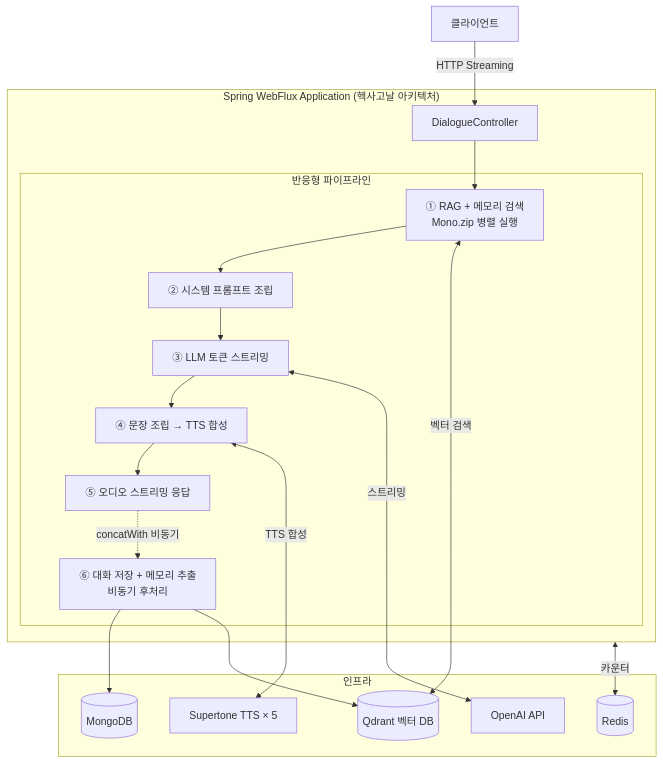
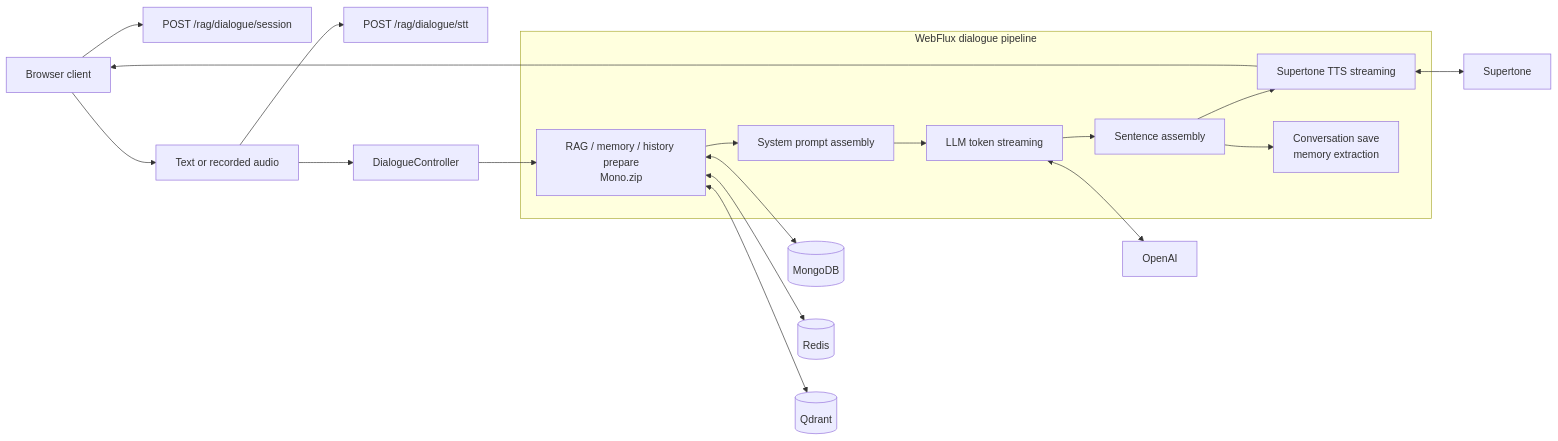
Before and after one commit to ImGdevel/MIYOU_ai-voice-chat: the diagram in README.md, drawn with Mermaid. The commit also changed other lines of this file and 1 other file, not shown here.

````diff
--- a/README.md
+++ b/README.md
@@ -38,35 +33,24 @@
 ```mermaid
-graph TB
-    Client["클라이언트"]
+flowchart LR
+    Client["Browser client"] --> Session["POST /rag/dialogue/session"]
+    Client --> Input["Text or recorded audio"]
+    Input --> STT["POST /rag/dialogue/stt"]
+    Input --> Dialogue["DialogueController"]
 
-    subgraph App["Spring WebFlux Application (헥사고날 아키텍처)"]
-        Controller["DialogueController"]
-
-        subgraph Pipeline["반응형 파이프라인"]
-            S1["① RAG + 메모리 검색\nMono.zip 병렬 실행"]
-            S2["② 시스템 프롬프트 조립"]
-            S3["③ LLM 토큰 스트리밍"]
-            S4["④ 문장 조립 → TTS 합성"]
-            S5["⑤ 오디오 스트리밍 응답"]
-            S6["⑥ 대화 저장 + 메모리 추출\n비동기 후처리"]
-        end
+    subgraph Pipeline["WebFlux dialogue pipeline"]
+        Prepare["RAG / memory / history prepare<br />Mono.zip"]
+        Prompt["System prompt assembly"]
+        LLM["LLM token streaming"]
+        Sentence["Sentence assembly"]
+        TTS["Supertone TTS streaming"]
+        Persist["Conversation save<br />memory extraction"]
     end
 
-    subgraph Infra["인프라"]
-        MongoDB[("MongoDB")]
-        Redis[("Redis")]
-        Qdrant[("Qdrant 벡터 DB")]
-        OpenAI["OpenAI API"]
-        Supertone["Supertone TTS × 5"]
-    end
-
-    Client -->|"HTTP Streaming"| Controller
-    Controller --> S1 --> S2 --> S3 --> S4 --> S5
-    S5 -.->|"concatWith 비동기"| S6
-
-    S1 <-->|"벡터 검색"| Qdrant
-    S3 <-->|"스트리밍"| OpenAI
-    S4 <-->|"TTS 합성"| Supertone
-    S6 --> MongoDB & Qdrant
-    App <-->|"카운터"| Redis
+    Dialogue --> Prepare --> Prompt --> LLM --> Sentence --> TTS --> Client
+    Sentence --> Persist
+    Prepare <--> MongoDB[("MongoDB")]
+    Prepare <--> Redis[("Redis")]
+    Prepare <--> Qdrant[("Qdrant")]
+    LLM <--> OpenAI["OpenAI"]
+    TTS <--> Supertone["Supertone"]
 ```
````
